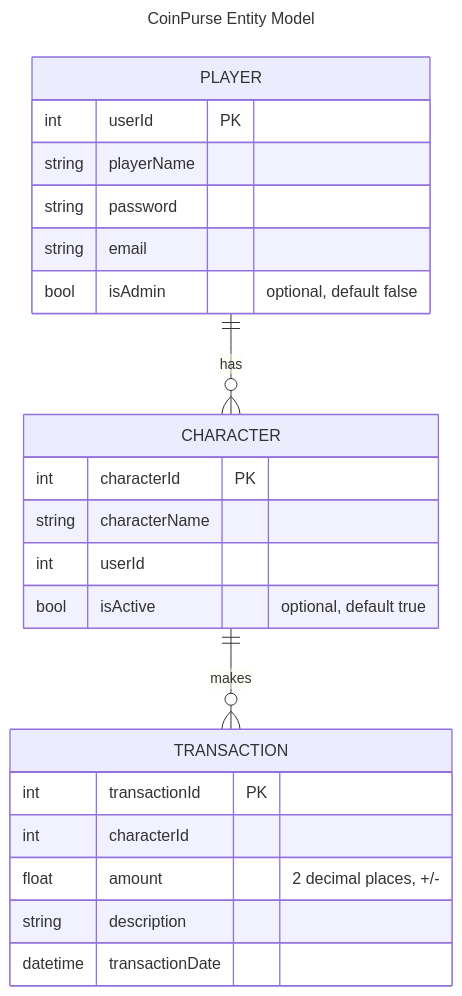
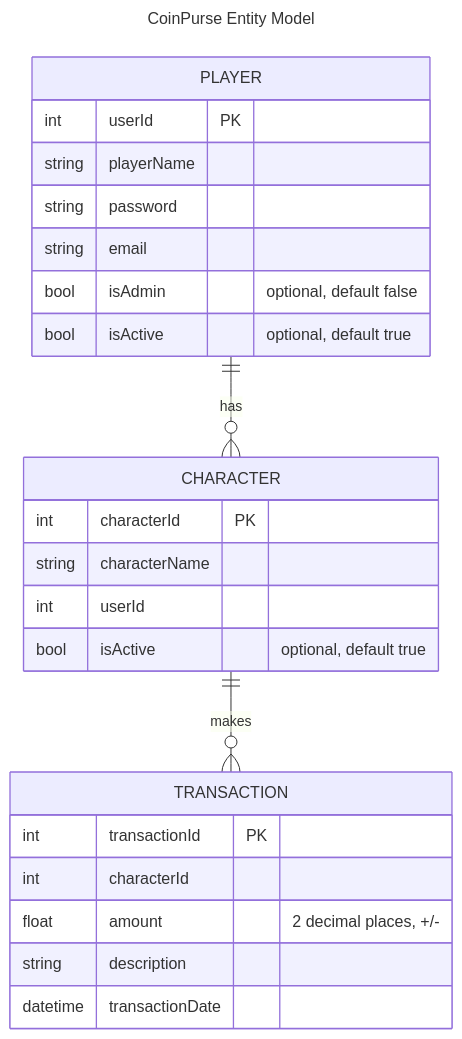
Before and after one commit to cantis/CoinPurseThree: the diagram in docs/entity_model.md, drawn with Mermaid. The commit also changed 3 other files, not shown here.

````diff
--- a/docs/entity_model.md
+++ b/docs/entity_model.md
@@ -1,38 +1,39 @@
 ```mermaid
 ---
 title: CoinPurse Entity Model
 ---
 erDiagram
     PLAYER ||--o{ CHARACTER : has
     CHARACTER ||--o{ TRANSACTION : makes
 
     PLAYER {
         int userId PK
         string playerName
         string password
         string email
         bool isAdmin "optional, default false"
+        bool isActive "optional, default true"
     }
 
     CHARACTER {
         int characterId PK
         string characterName
         int userId
         bool isActive "optional, default true"
     }
 
     TRANSACTION {
         int transactionId PK
         int characterId
         float amount "2 decimal places, +/-"
         string description
         datetime transactionDate
     }
 
 
 
 
 
 
 
 ```
````
